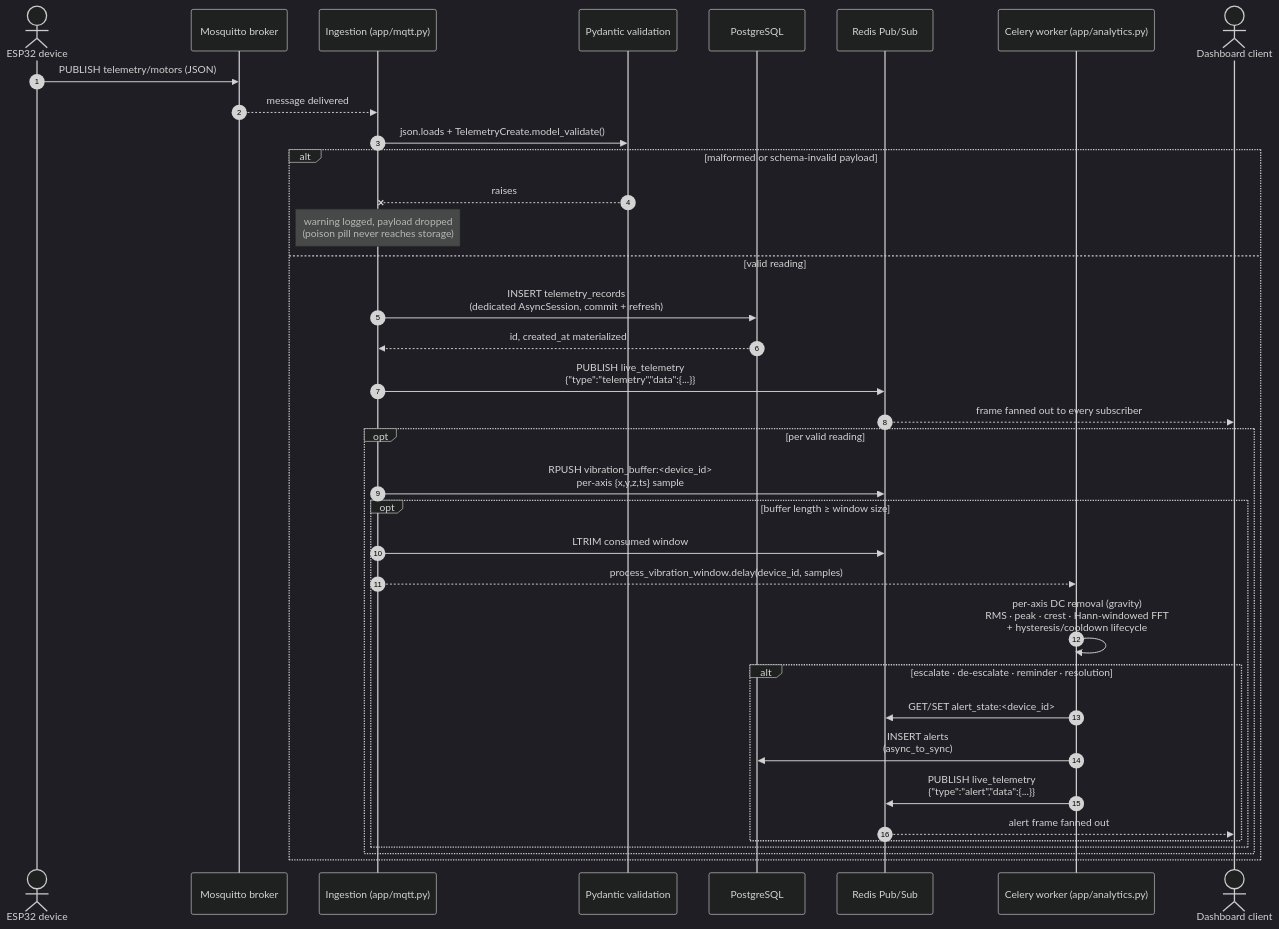
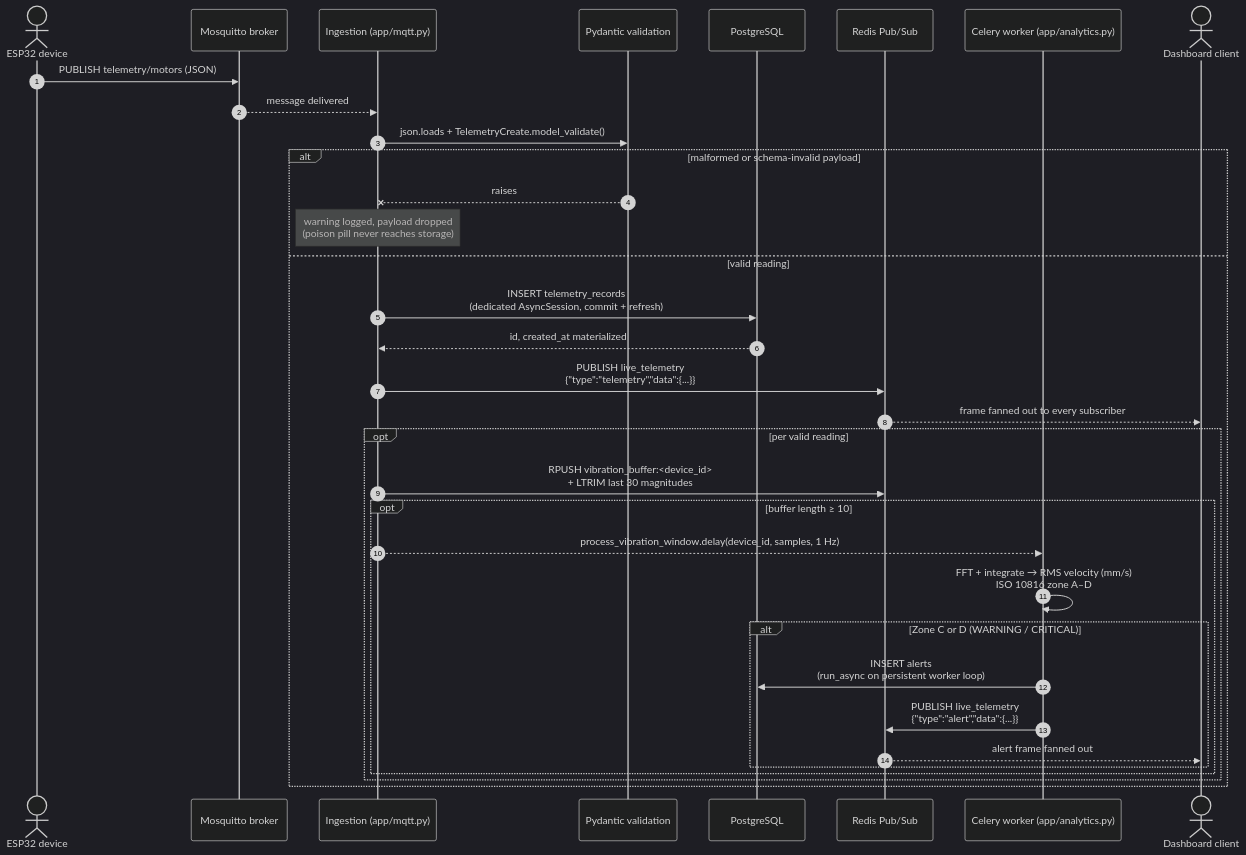
Before and after one commit to khantushar903/iot-backend: the first of 2 diagrams in docs/architecture.md, drawn with Mermaid (dark theme). The commit also changed other lines of this file and 18 other files, not shown here.

Commit message:
Revert "Fixed backend Rms issue , fft issue"

````diff
--- a/docs/architecture.md
+++ b/docs/architecture.md
@@ -7,41 +7,39 @@
 ```mermaid
 sequenceDiagram
     autonumber
     actor ESP as ESP32 device
     participant MQ as Mosquitto broker
     participant ING as Ingestion (app/mqtt.py)
     participant VAL as Pydantic validation
     participant PG as PostgreSQL
     participant RD as Redis Pub/Sub
     participant CEL as Celery worker (app/analytics.py)
     actor DASH as Dashboard client
 
     ESP->>MQ: PUBLISH telemetry/motors (JSON)
     MQ-->>ING: message delivered
     ING->>VAL: json.loads + TelemetryCreate.model_validate()
 
     alt malformed or schema-invalid payload
         VAL--xING: raises
         Note over ING: warning logged, payload dropped<br/>(poison pill never reaches storage)
     else valid reading
         ING->>PG: INSERT telemetry_records<br/>(dedicated AsyncSession, commit + refresh)
         PG-->>ING: id, created_at materialized
         ING->>RD: PUBLISH live_telemetry<br/>{"type":"telemetry","data":{...}}
         RD-->>DASH: frame fanned out to every subscriber
 
         opt per valid reading
-            ING->>RD: RPUSH vibration_buffer:<device_id><br/>per-axis {x,y,z,ts} sample
-            opt buffer length ≥ window size
-                ING->>RD: LTRIM consumed window
-                ING-->>CEL: process_vibration_window.delay(device_id, samples)
-                CEL->>CEL: per-axis DC removal (gravity)<br/>RMS · peak · crest · Hann-windowed FFT<br/>+ hysteresis/cooldown lifecycle
-                alt escalate · de-escalate · reminder · resolution
-                    CEL->>RD: GET/SET alert_state:<device_id>
-                    CEL->>PG: INSERT alerts<br/>(async_to_sync)
+            ING->>RD: RPUSH vibration_buffer:<device_id><br/>+ LTRIM last 30 magnitudes
+            opt buffer length ≥ 10
+                ING-->>CEL: process_vibration_window.delay(device_id, samples, 1 Hz)
+                CEL->>CEL: FFT + integrate → RMS velocity (mm/s)<br/>ISO 10816 zone A–D
+                alt Zone C or D (WARNING / CRITICAL)
+                    CEL->>PG: INSERT alerts<br/>(run_async on persistent worker loop)
                     CEL->>RD: PUBLISH live_telemetry<br/>{"type":"alert","data":{...}}
                     RD-->>DASH: alert frame fanned out
                 end
             end
         end
     end
 ```
````
